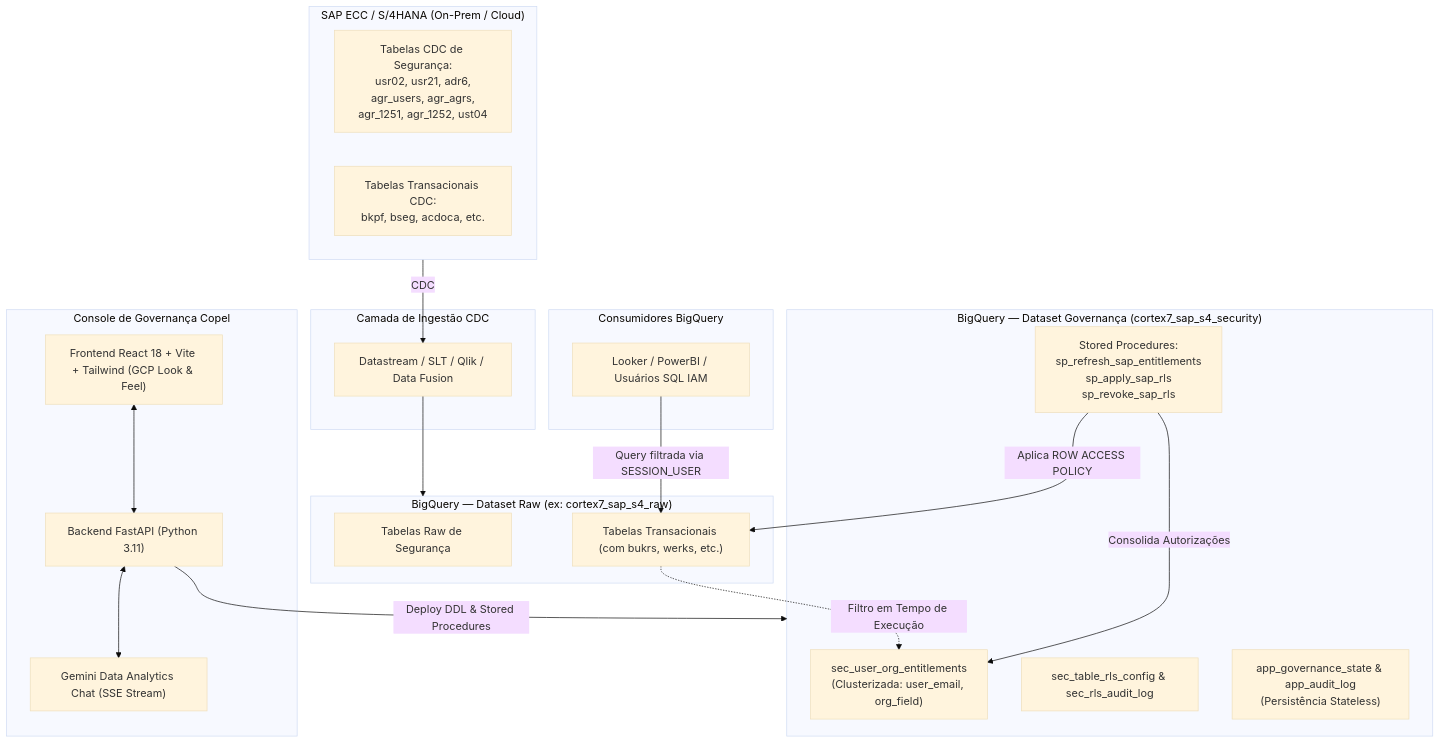
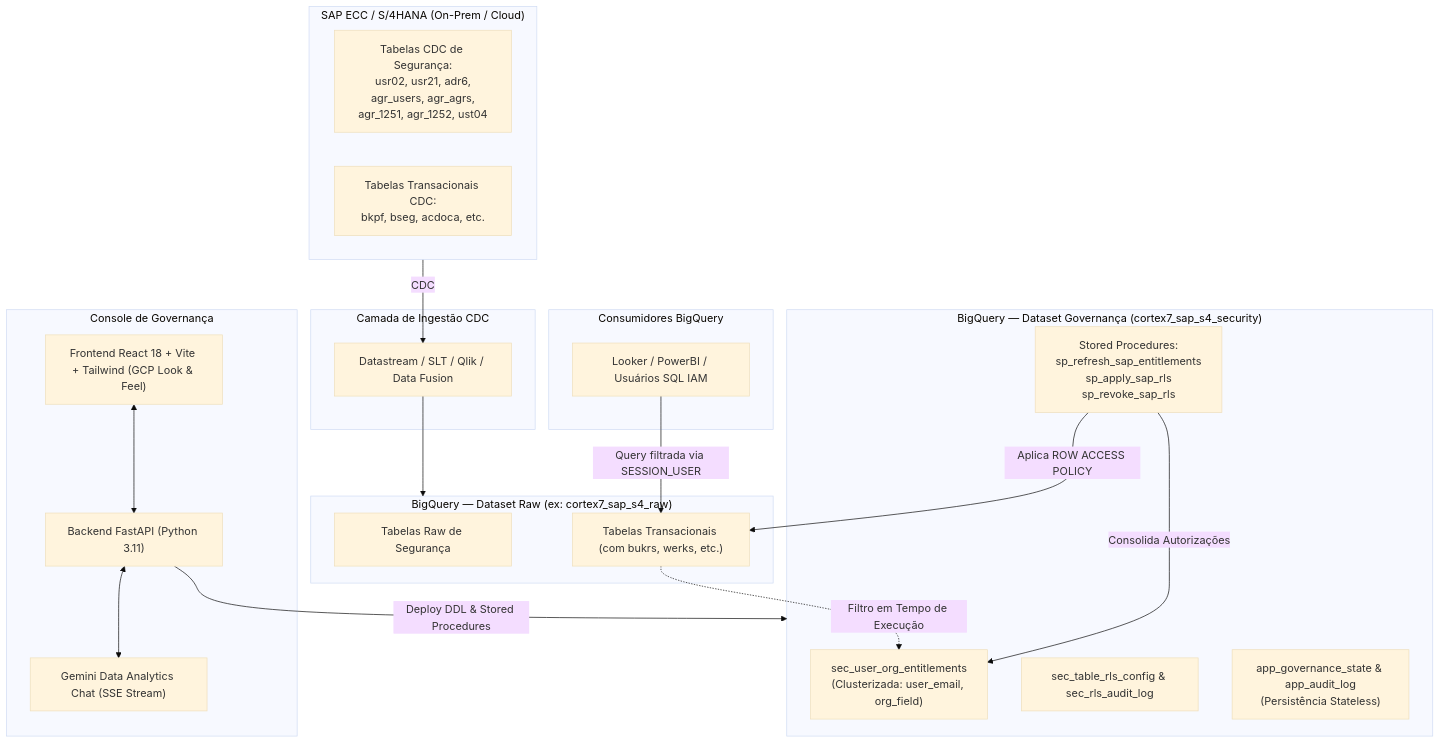
Before and after one commit to GCP-CE-BR-MULTI/sap-bq-authorization: the diagram in README.md, drawn with Mermaid (base theme). The commit also changed other lines of this file, not shown here.

````diff
--- a/README.md
+++ b/README.md
@@ -41,43 +41,43 @@
 ```mermaid
 flowchart TD
     subgraph SAP_Source["SAP ECC / S/4HANA (On-Prem / Cloud)"]
         T_SEC["Tabelas CDC de Segurança:<br/>usr02, usr21, adr6,<br/>agr_users, agr_agrs,<br/>agr_1251, agr_1252, ust04"]
         T_TX["Tabelas Transacionais CDC:<br/>bkpf, bseg, acdoca, etc."]
     end
 
     subgraph CDC_Layer["Camada de Ingestão CDC"]
         CDC["Datastream / SLT / Qlik / Data Fusion"]
     end
 
     subgraph BQ_Raw["BigQuery — Dataset Raw (ex: cortex7_sap_s4_raw)"]
         RAW_SEC["Tabelas Raw de Segurança"]
         RAW_TX["Tabelas Transacionais (com bukrs, werks, etc.)"]
     end
 
     subgraph BQ_Gov["BigQuery — Dataset Governança (cortex7_sap_s4_security)"]
         ENT_TBL["sec_user_org_entitlements<br/>(Clusterizada: user_email, org_field)"]
         CFG_TBL["sec_table_rls_config & sec_rls_audit_log"]
         APP_STATE["app_governance_state & app_audit_log<br/>(Persistência Stateless)"]
         PROC["Stored Procedures:<br/>sp_refresh_sap_entitlements<br/>sp_apply_sap_rls<br/>sp_revoke_sap_rls"]
     end
 
-    subgraph App_Platform["Console de Governança Copel"]
+    subgraph App_Platform["Console de Governança"]
         UI["Frontend React 18 + Vite + Tailwind (GCP Look & Feel)"]
         API["Backend FastAPI (Python 3.11)"]
         AI_CHAT["Gemini Data Analytics Chat (SSE Stream)"]
     end
 
     subgraph Consumers["Consumidores BigQuery"]
         BI["Looker / PowerBI / Usuários SQL IAM"]
     end
 
     SAP_Source -->|CDC| CDC
     CDC --> BQ_Raw
     API -->|Deploy DDL & Stored Procedures| BQ_Gov
     PROC -->|Consolida Autorizações| ENT_TBL
     PROC -->|Aplica ROW ACCESS POLICY| RAW_TX
     UI <--> API
     API <--> AI_CHAT
     BI -->|Query filtrada via SESSION_USER| RAW_TX
     RAW_TX -.->|Filtro em Tempo de Execução| ENT_TBL
 ```
````
